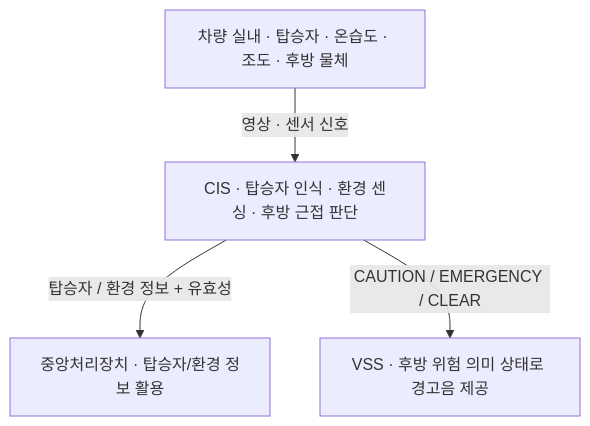
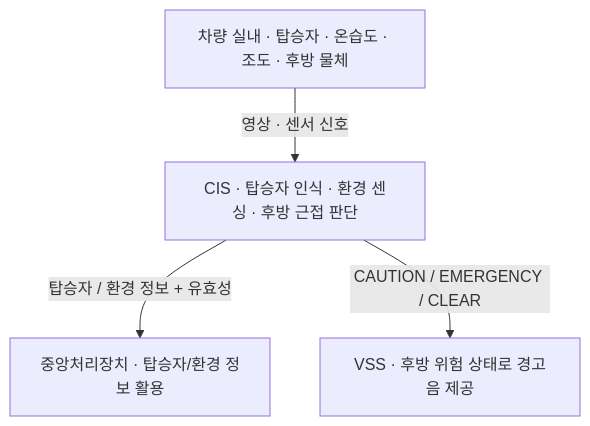
One commit to vehicle-domain-control-system/integrated-vehicle-control changed the second of 5 diagrams in docs/requirements/SR.md. Above: the diagram before and after it, drawn with Mermaid. The commit also changed other lines of this file and 1 other file, not shown here.

````diff
--- a/docs/requirements/SR.md
+++ b/docs/requirements/SR.md
@@ -300,11 +300,11 @@
 ```mermaid
 flowchart TD
     CABIN["차량 실내 · 탑승자 · 온습도 · 조도 · 후방 물체"]
     CIS["CIS · 탑승자 인식 · 환경 센싱 · 후방 근접 판단"]
     CENTRAL["중앙처리장치 · 탑승자/환경 정보 활용"]
-    VSS["VSS · 후방 위험 의미 상태로 경고음 제공"]
+    VSS["VSS · 후방 위험 상태로 경고음 제공"]
 
     CABIN -->|"영상 · 센서 신호"| CIS
     CIS -->|"탑승자 / 환경 정보 + 유효성"| CENTRAL
     CIS -->|"CAUTION / EMERGENCY / CLEAR"| VSS
 ```
````
